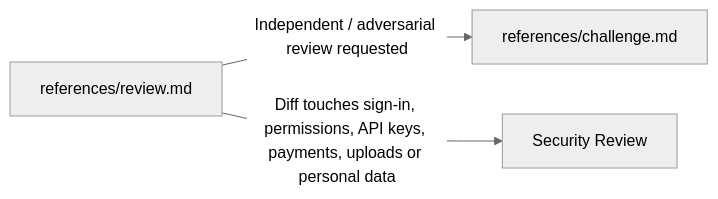
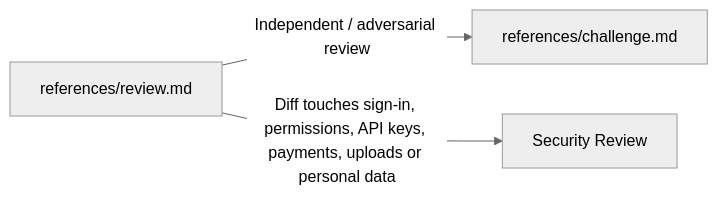
One commit to sgaabdu4/vault_storage changed the diagram in .agents/skills/code-review/SKILL.md. Above: the diagram before and after it, drawn with Mermaid (neutral theme). The commit also changed other lines of this file and 104 other files, not shown here.

````diff
--- a/.agents/skills/code-review/SKILL.md
+++ b/.agents/skills/code-review/SKILL.md
@@ -10,8 +10,8 @@
 ```mermaid
 flowchart LR
-  R[references/review.md] -->|Independent / adversarial review requested| C[references/challenge.md]
+  R[references/review.md] -->|Independent / adversarial review| C[references/challenge.md]
   R -->|Diff touches sign-in, permissions, API keys, payments, uploads or personal data| S[Security Review]
   click R "references/review.md"
   click C "references/challenge.md"
   click S "../security-review/SKILL.md"
 ```
````
